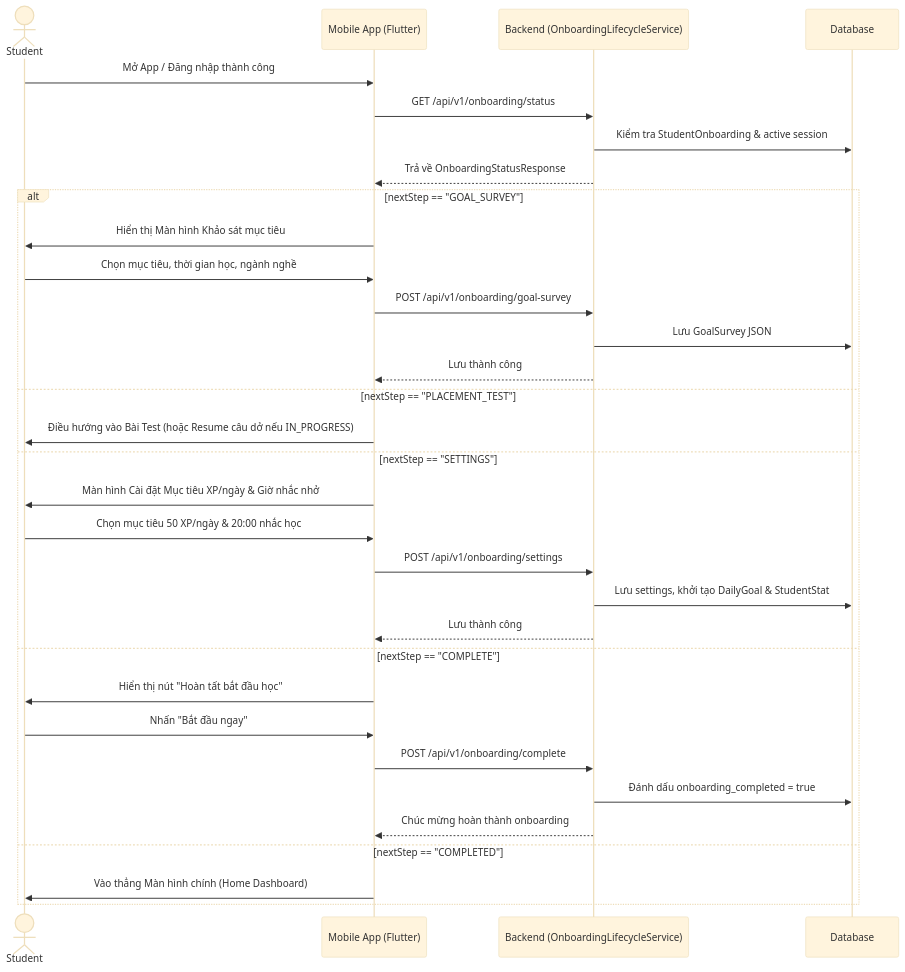
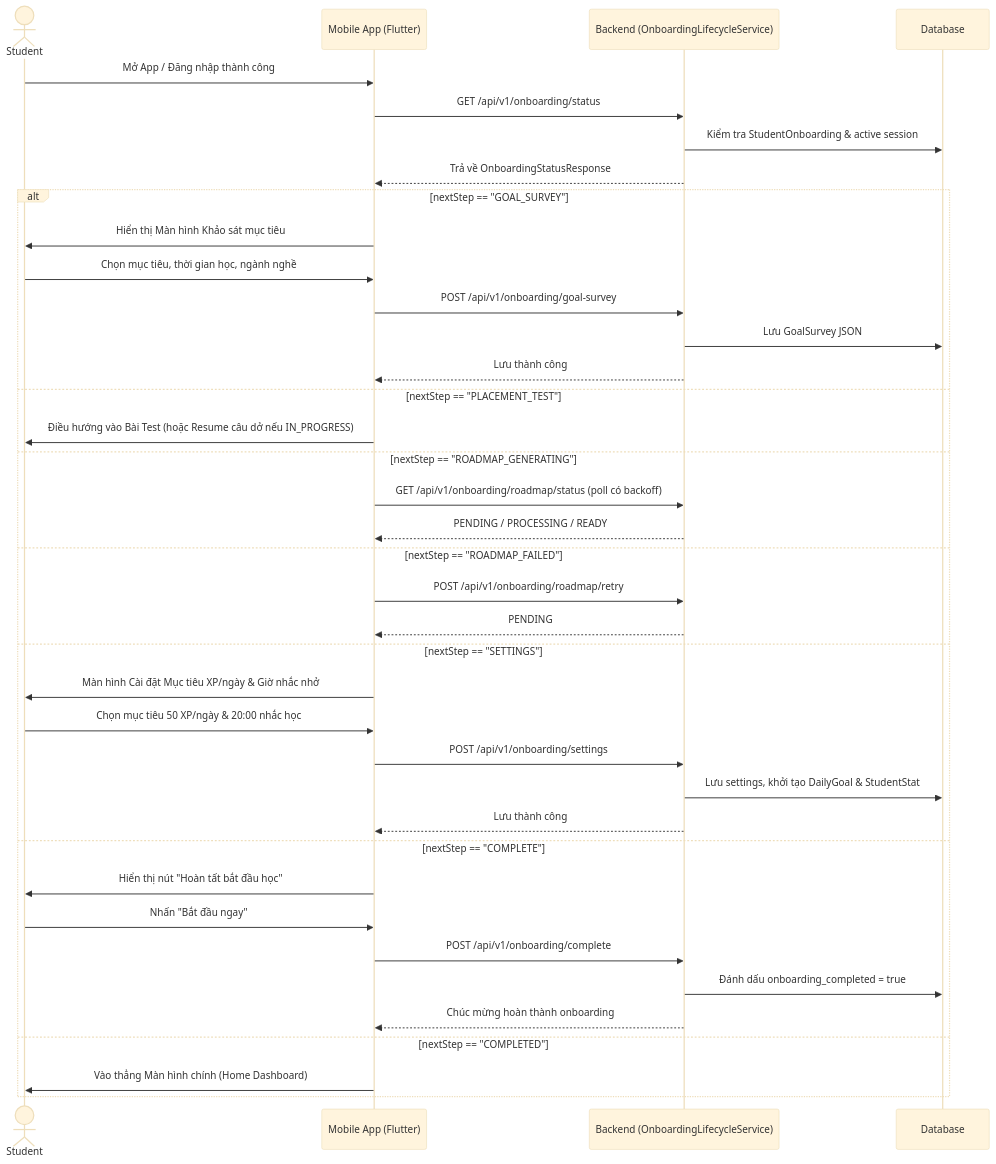
The second of 4 diagrams in docs/module_0/flow.md (Son-COC-145/english-ed-backend), drawn with Mermaid (base theme) before and after one commit. The commit also changed other lines of this file and 21 other files, not shown here.

Commit message:
feat(onboarding): harden goal survey and roadmap lifecycle

````diff
--- a/docs/module_0/flow.md
+++ b/docs/module_0/flow.md
@@ -64,36 +64,42 @@
 ```mermaid
 sequenceDiagram
     actor Student
     participant App as Mobile App (Flutter)
     participant BE as Backend (OnboardingLifecycleService)
     participant DB as Database
 
     Student->>App: Mở App / Đăng nhập thành công
     App->>BE: GET /api/v1/onboarding/status
     BE->>DB: Kiểm tra StudentOnboarding & active session
     BE-->>App: Trả về OnboardingStatusResponse
 
     alt nextStep == "GOAL_SURVEY"
         App->>Student: Hiển thị Màn hình Khảo sát mục tiêu
         Student->>App: Chọn mục tiêu, thời gian học, ngành nghề
         App->>BE: POST /api/v1/onboarding/goal-survey
         BE->>DB: Lưu GoalSurvey JSON
         BE-->>App: Lưu thành công
     else nextStep == "PLACEMENT_TEST"
         App->>Student: Điều hướng vào Bài Test (hoặc Resume câu dở nếu IN_PROGRESS)
+    else nextStep == "ROADMAP_GENERATING"
+        App->>BE: GET /api/v1/onboarding/roadmap/status (poll có backoff)
+        BE-->>App: PENDING / PROCESSING / READY
+    else nextStep == "ROADMAP_FAILED"
+        App->>BE: POST /api/v1/onboarding/roadmap/retry
+        BE-->>App: PENDING
     else nextStep == "SETTINGS"
         App->>Student: Màn hình Cài đặt Mục tiêu XP/ngày & Giờ nhắc nhở
         Student->>App: Chọn mục tiêu 50 XP/ngày & 20:00 nhắc học
         App->>BE: POST /api/v1/onboarding/settings
         BE->>DB: Lưu settings, khởi tạo DailyGoal & StudentStat
         BE-->>App: Lưu thành công
     else nextStep == "COMPLETE"
         App->>Student: Hiển thị nút "Hoàn tất bắt đầu học"
         Student->>App: Nhấn "Bắt đầu ngay"
         App->>BE: POST /api/v1/onboarding/complete
         BE->>DB: Đánh dấu onboarding_completed = true
         BE-->>App: Chúc mừng hoàn thành onboarding
     else nextStep == "COMPLETED"
         App->>Student: Vào thẳng Màn hình chính (Home Dashboard)
     end
 ```
````
